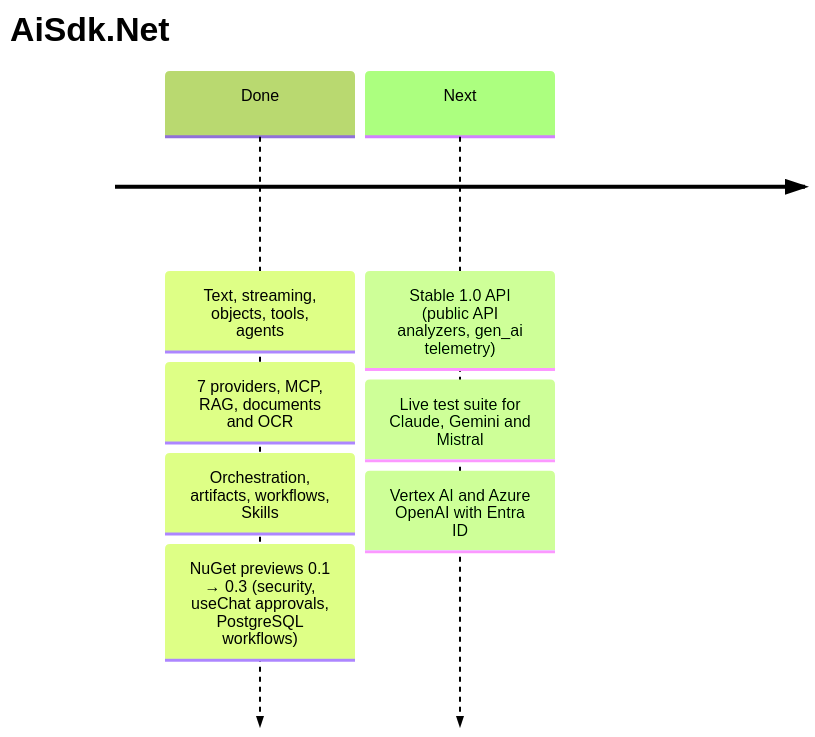
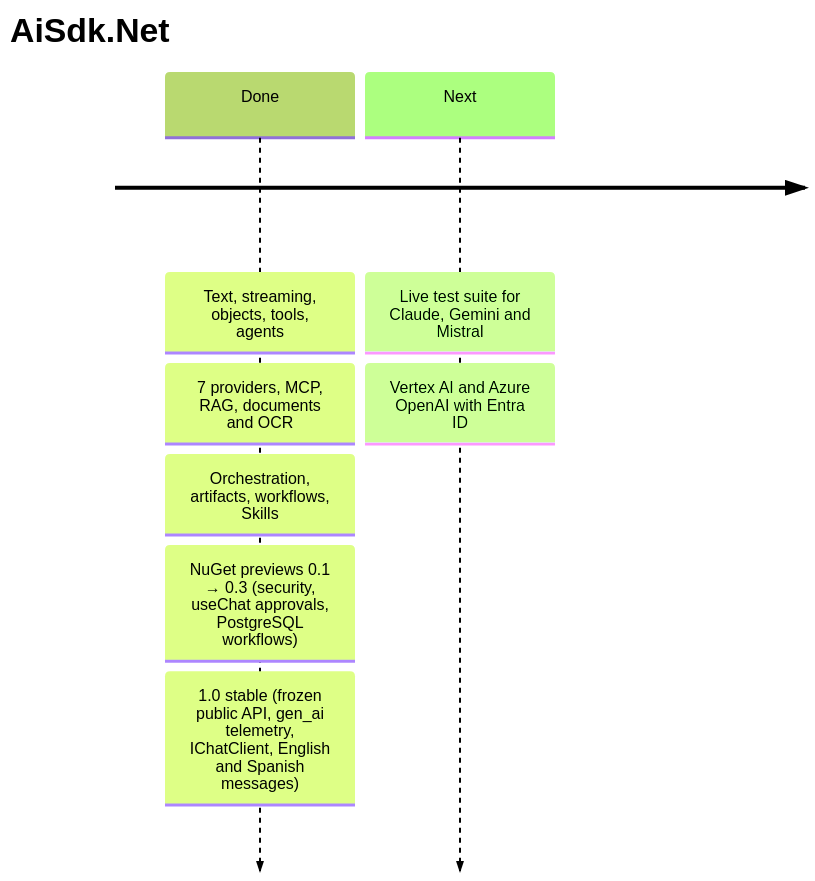
Before and after one commit to bluesmilecl/AiSdk.Net: the diagram in README.md, drawn with Mermaid (forest theme). The commit also changed other lines of this file and 18 other files, not shown here.

````diff
--- a/README.md
+++ b/README.md
@@ -175,11 +175,11 @@
 ```mermaid
 timeline
     title AiSdk.Net
     Done : Text, streaming, objects, tools, agents
          : 7 providers, MCP, RAG, documents and OCR
          : Orchestration, artifacts, workflows, Skills
          : NuGet previews 0.1 → 0.3 (security, useChat approvals, PostgreSQL workflows)
-    Next : Stable 1.0 API (public API analyzers, gen_ai telemetry)
-         : Live test suite for Claude, Gemini and Mistral
+         : 1.0 stable (frozen public API, gen_ai telemetry, IChatClient, English and Spanish messages)
+    Next : Live test suite for Claude, Gemini and Mistral
          : Vertex AI and Azure OpenAI with Entra ID
 ```
````
